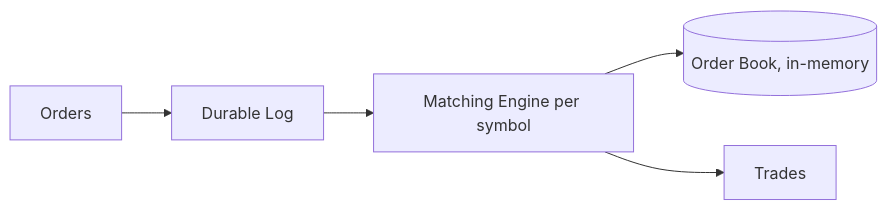
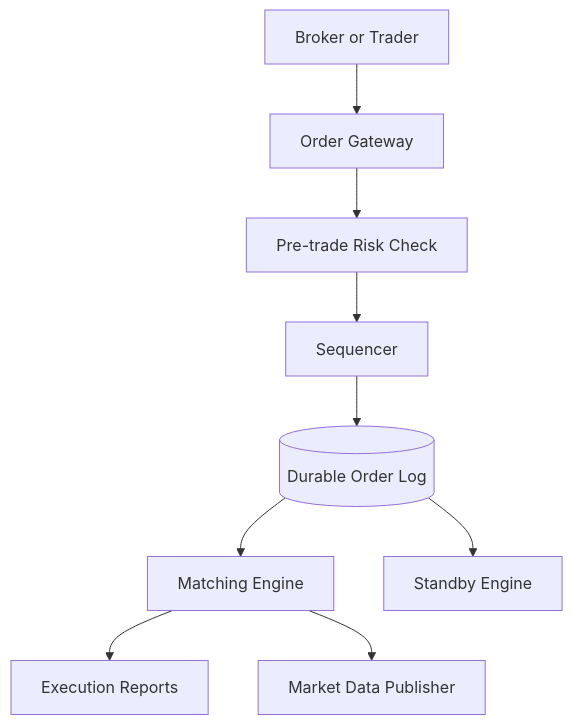
The first of 2 diagrams in questions/design-stock-exchange.md (design-gurus/grokking-system-design), drawn with Mermaid before and after one commit. The commit also changed other lines of this file and 19 other files, not shown here.

````diff
--- a/questions/design-stock-exchange.md
+++ b/questions/design-stock-exchange.md
@@ -21,7 +82,11 @@
 ```mermaid
-flowchart LR
-    Orders[Orders] --> Log[Durable Log]
-    Log --> ME[Matching Engine per symbol]
-    ME --> Book[(Order Book, in-memory)]
-    ME --> Trades[Trades]
+flowchart TD
+    Trader[Broker or Trader] --> GW[Order Gateway]
+    GW --> Risk[Pre-trade Risk Check]
+    Risk --> Seq[Sequencer]
+    Seq --> Log[("Durable Order Log")]
+    Log --> ME[Matching Engine]
+    Log --> Standby[Standby Engine]
+    ME --> Exec[Execution Reports]
+    ME --> MD[Market Data Publisher]
 ```
````
